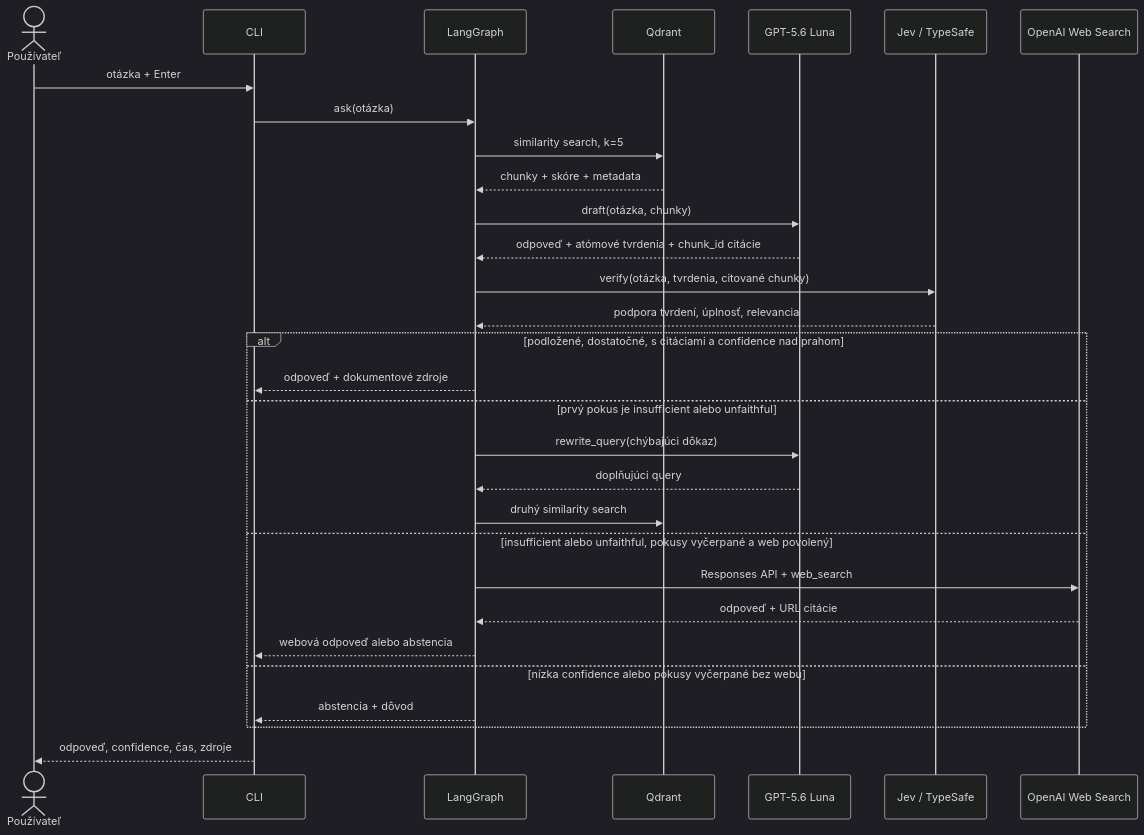
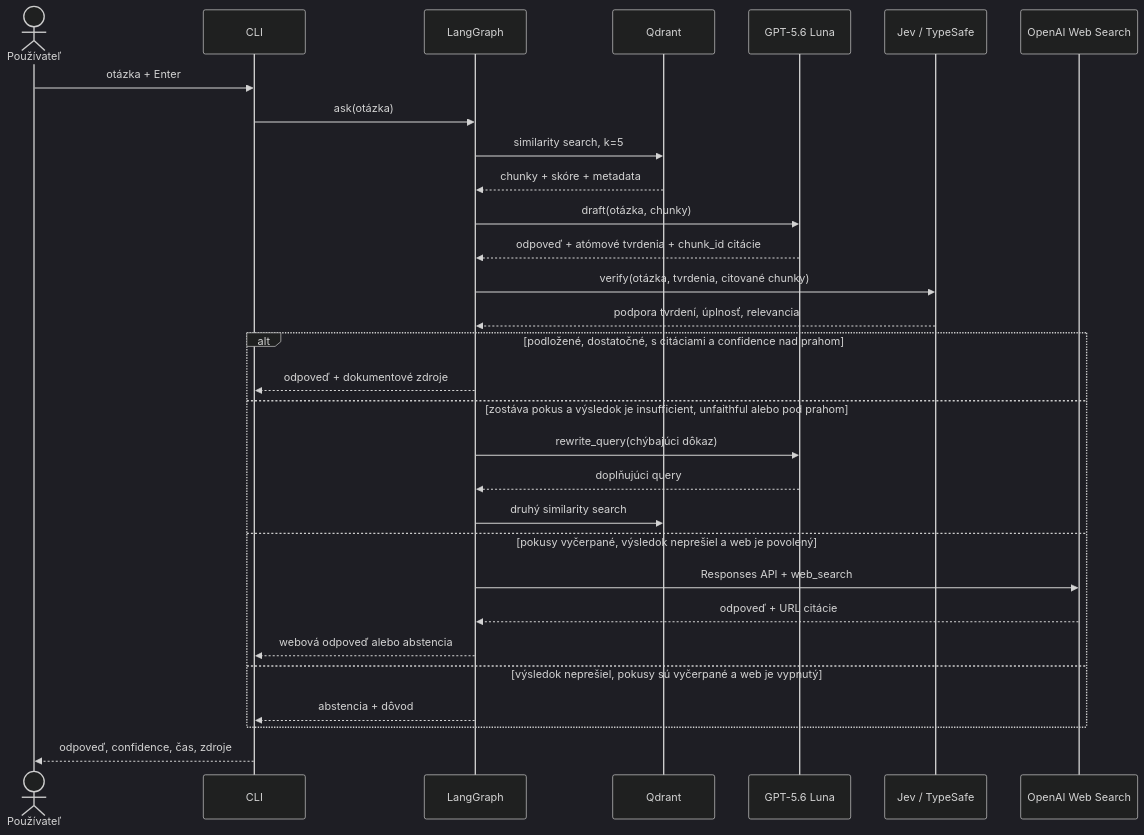
The second of 4 diagrams in docs/ARCHITECTURE.md (samuelbagin1/doc-ai-assistent), drawn with Mermaid (dark theme) before and after one commit. The commit also changed other lines of this file and 3 other files, not shown here.

````diff
--- a/docs/ARCHITECTURE.md
+++ b/docs/ARCHITECTURE.md
@@ -74,33 +74,33 @@
 ```mermaid
 sequenceDiagram
     actor U as Používateľ
     participant C as CLI
     participant G as LangGraph
     participant Q as Qdrant
     participant D as GPT-5.6 Luna
     participant J as Jev / TypeSafe
     participant W as OpenAI Web Search
 
     U->>C: otázka + Enter
     C->>G: ask(otázka)
     G->>Q: similarity search, k=5
     Q-->>G: chunky + skóre + metadata
     G->>D: draft(otázka, chunky)
     D-->>G: odpoveď + atómové tvrdenia + chunk_id citácie
     G->>J: verify(otázka, tvrdenia, citované chunky)
     J-->>G: podpora tvrdení, úplnosť, relevancia
     alt podložené, dostatočné, s citáciami a confidence nad prahom
         G-->>C: odpoveď + dokumentové zdroje
-    else prvý pokus je insufficient alebo unfaithful
+    else zostáva pokus a výsledok je insufficient, unfaithful alebo pod prahom
         G->>D: rewrite_query(chýbajúci dôkaz)
         D-->>G: doplňujúci query
         G->>Q: druhý similarity search
-    else insufficient alebo unfaithful, pokusy vyčerpané a web povolený
+    else pokusy vyčerpané, výsledok neprešiel a web je povolený
         G->>W: Responses API + web_search
         W-->>G: odpoveď + URL citácie
         G-->>C: webová odpoveď alebo abstencia
-    else nízka confidence alebo pokusy vyčerpané bez webu
+    else výsledok neprešiel, pokusy sú vyčerpané a web je vypnutý
         G-->>C: abstencia + dôvod
     end
     C-->>U: odpoveď, confidence, čas, zdroje
 ```
````
